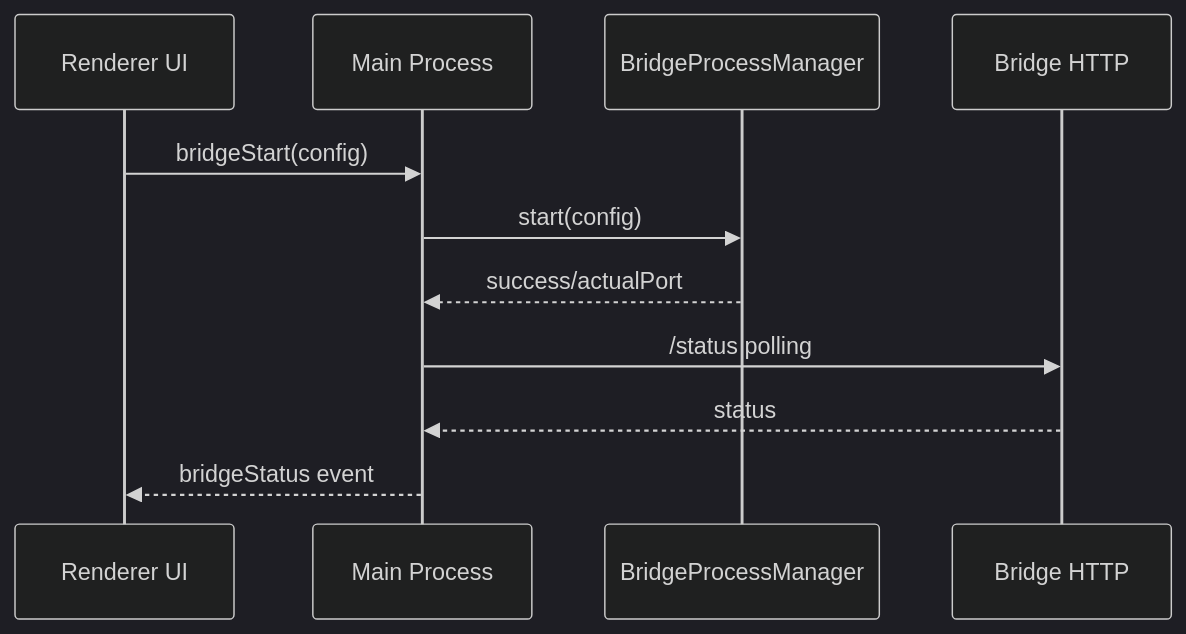
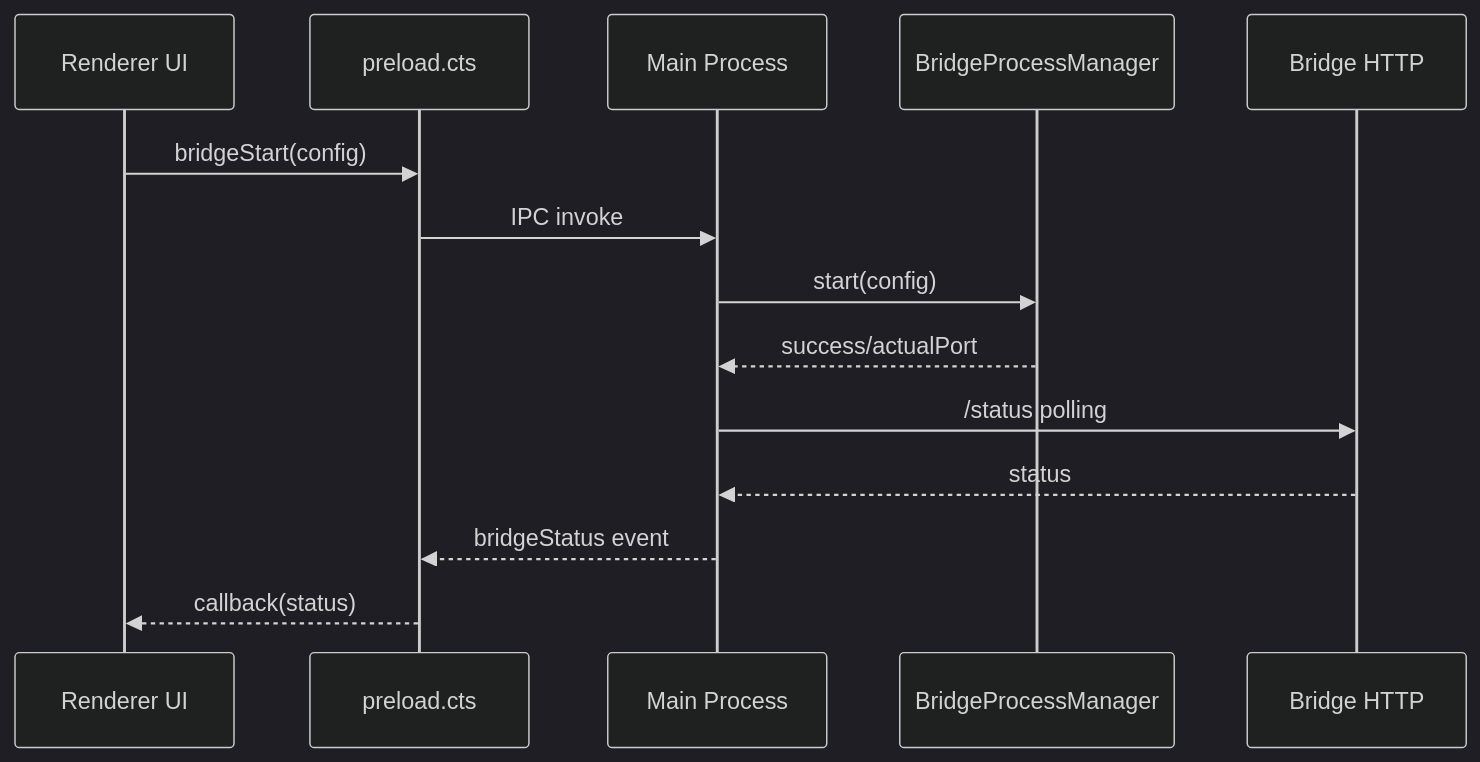
One commit to pivotrecruiting/broadify-bridge changed the diagram in docs/desktop/subsystems/bridge-integration.md. Above: the diagram before and after it, drawn with Mermaid (dark theme). The commit also changed other lines of this file and 12 other files, not shown here.

````diff
--- a/docs/desktop/subsystems/bridge-integration.md
+++ b/docs/desktop/subsystems/bridge-integration.md
@@ -7,14 +7,17 @@
 ```mermaid
 sequenceDiagram
   participant UI as Renderer UI
+  participant Preload as preload.cts
   participant Main as Main Process
   participant BPM as BridgeProcessManager
   participant Bridge as Bridge HTTP
 
-  UI->>Main: bridgeStart(config)
+  UI->>Preload: bridgeStart(config)
+  Preload->>Main: IPC invoke
   Main->>BPM: start(config)
   BPM-->>Main: success/actualPort
   Main->>Bridge: /status polling
   Bridge-->>Main: status
-  Main-->>UI: bridgeStatus event
+  Main-->>Preload: bridgeStatus event
+  Preload-->>UI: callback(status)
 ```
````
